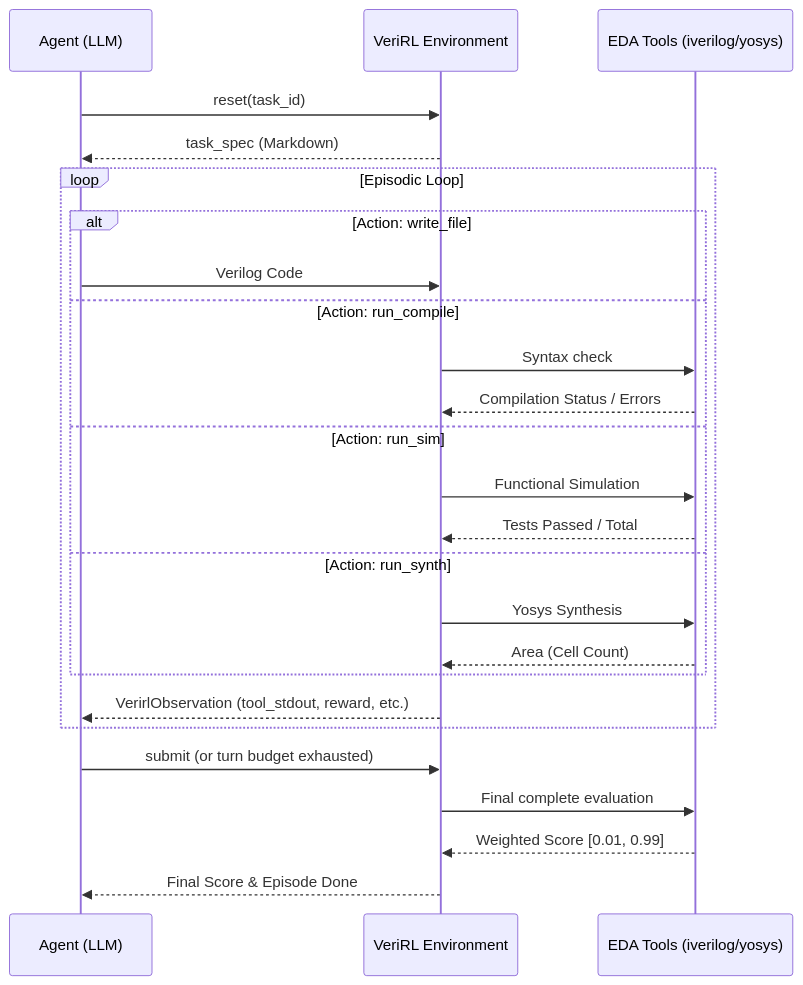
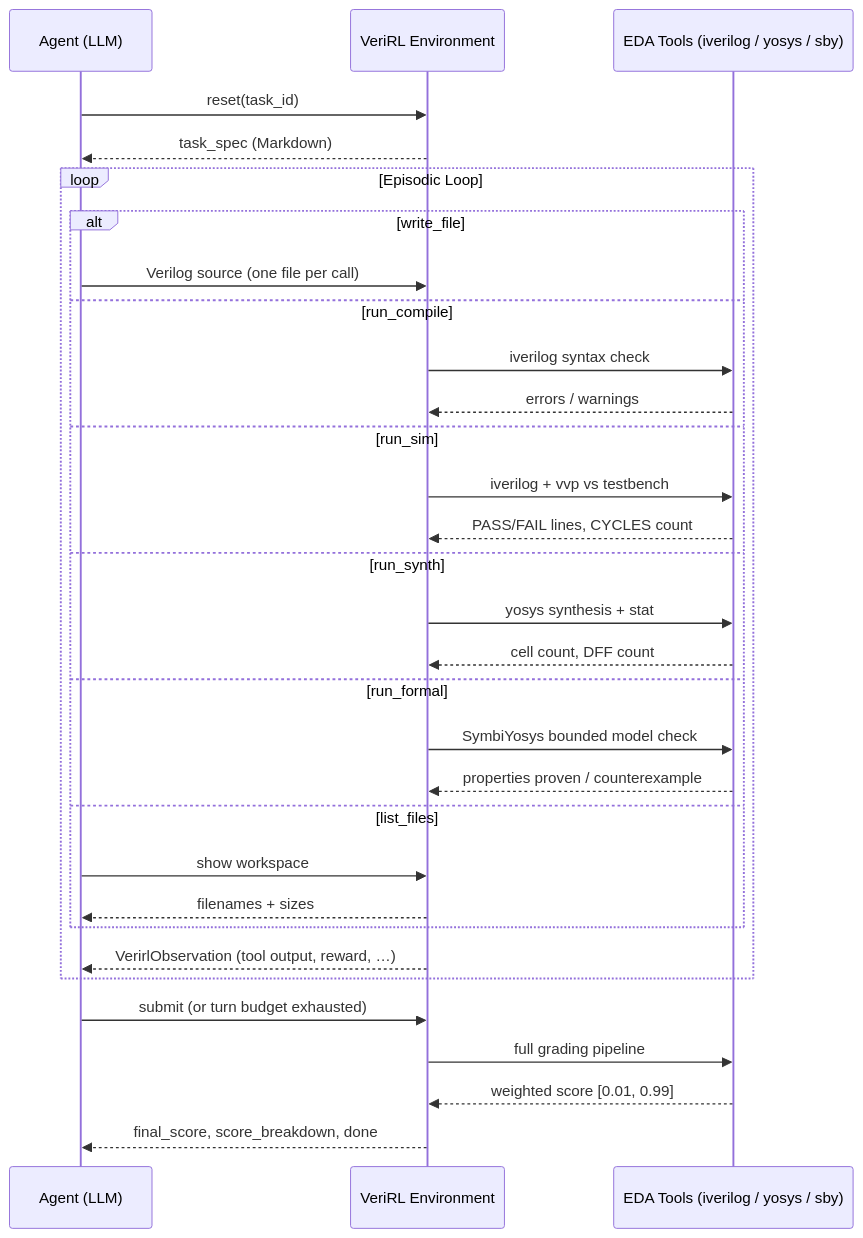
One commit to SupreethRao99/veriRL changed the diagram in README.md. Above: the diagram before and after it, drawn with Mermaid. The commit also changed other lines of this file and 24 other files, not shown here.

````diff
--- a/README.md
+++ b/README.md
@@ -34,30 +28,36 @@
 ```mermaid
 sequenceDiagram
     participant LLM as Agent (LLM)
     participant Env as VeriRL Environment
-    participant EDA as EDA Tools (iverilog/yosys)
-    
+    participant EDA as EDA Tools (iverilog / yosys / sby)
+
     LLM->>Env: reset(task_id)
     Env-->>LLM: task_spec (Markdown)
-    
+
     loop Episodic Loop
-        alt Action: write_file
-            LLM->>Env: Verilog Code
-        else Action: run_compile
-            Env->>EDA: Syntax check
-            EDA-->>Env: Compilation Status / Errors
-        else Action: run_sim
-            Env->>EDA: Functional Simulation
-            EDA-->>Env: Tests Passed / Total
-        else Action: run_synth
-            Env->>EDA: Yosys Synthesis
-            EDA-->>Env: Area (Cell Count)
+        alt write_file
+            LLM->>Env: Verilog source (one file per call)
+        else run_compile
+            Env->>EDA: iverilog syntax check
+            EDA-->>Env: errors / warnings
+        else run_sim
+            Env->>EDA: iverilog + vvp vs testbench
+            EDA-->>Env: PASS/FAIL lines, CYCLES count
+        else run_synth
+            Env->>EDA: yosys synthesis + stat
+            EDA-->>Env: cell count, DFF count
+        else run_formal
+            Env->>EDA: SymbiYosys bounded model check
+            EDA-->>Env: properties proven / counterexample
+        else list_files
+            LLM->>Env: show workspace
+            Env-->>LLM: filenames + sizes
         end
-        Env-->>LLM: VerirlObservation (tool_stdout, reward, etc.)
+        Env-->>LLM: VerirlObservation (tool output, reward, …)
     end
-    
-    LLM->>Env: submit (or turn budget exhausted)
-    Env->>EDA: Final complete evaluation
-    EDA-->>Env: Weighted Score [0.01, 0.99]
-    Env-->>LLM: Final Score & Episode Done
+
+    LLM->>Env: submit  (or turn budget exhausted)
+    Env->>EDA: full grading pipeline
+    EDA-->>Env: weighted score [0.01, 0.99]
+    Env-->>LLM: final_score, score_breakdown, done
 ```
````
